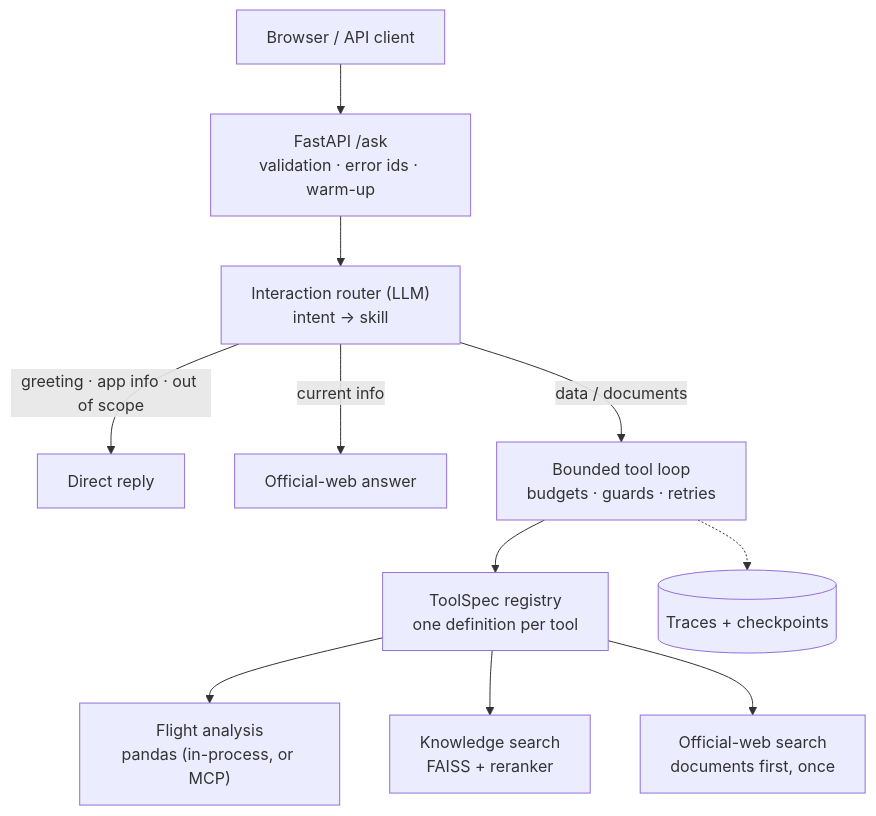
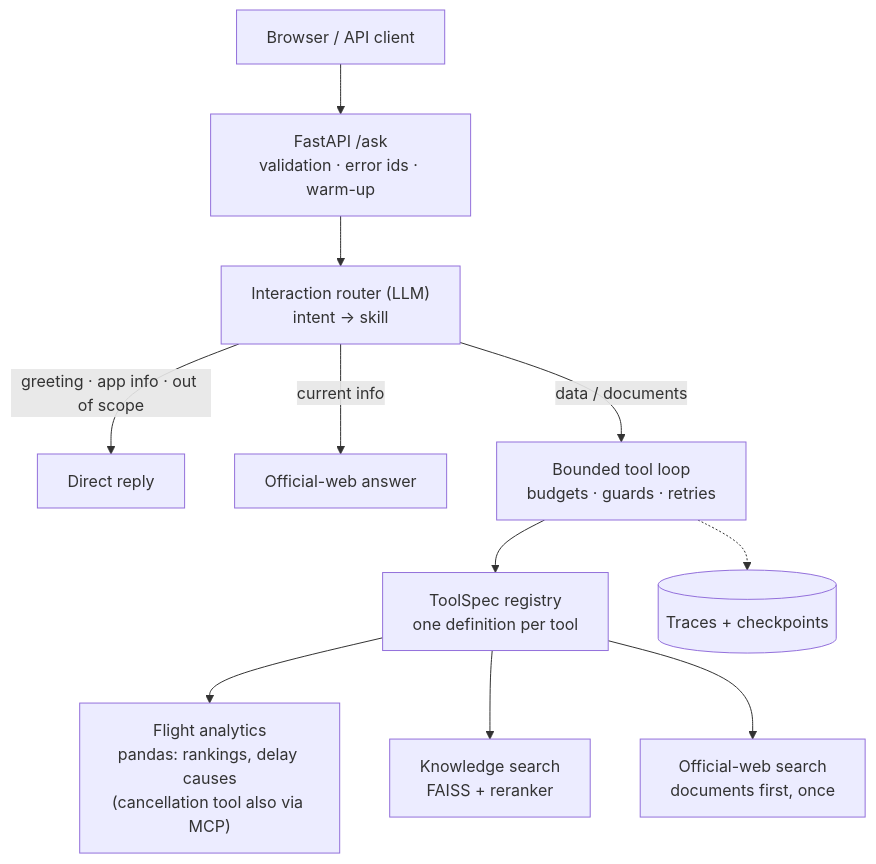
One commit to norochalise/agentic-airline-bi changed the diagram in README.md. Above: the diagram before and after it, drawn with Mermaid. The commit also changed other lines of this file and 4 other files, not shown here.

First line of the commit message:
test(eval): analytics eval for the new data tools; docs for Step 6

````diff
--- a/README.md
+++ b/README.md
@@ -23,13 +23,13 @@
 ```mermaid
 flowchart TB
     U["Browser / API client"] --> API["FastAPI /ask<br/>validation · error ids · warm-up"]
     API --> IR["Interaction router (LLM)<br/>intent → skill"]
     IR -->|greeting · app info · out of scope| DR["Direct reply"]
     IR -->|current info| WEB["Official-web answer"]
     IR -->|data / documents| LOOP["Bounded tool loop<br/>budgets · guards · retries"]
     LOOP --> REG["ToolSpec registry<br/>one definition per tool"]
-    REG --> DATA["Flight analysis<br/>pandas (in-process, or MCP)"]
+    REG --> DATA["Flight analytics<br/>pandas: rankings, delay causes<br/>(cancellation tool also via MCP)"]
     REG --> RAG["Knowledge search<br/>FAISS + reranker"]
     REG --> OW["Official-web search<br/>documents first, once"]
     LOOP -.-> OBS[("Traces + checkpoints")]
 ```
````
